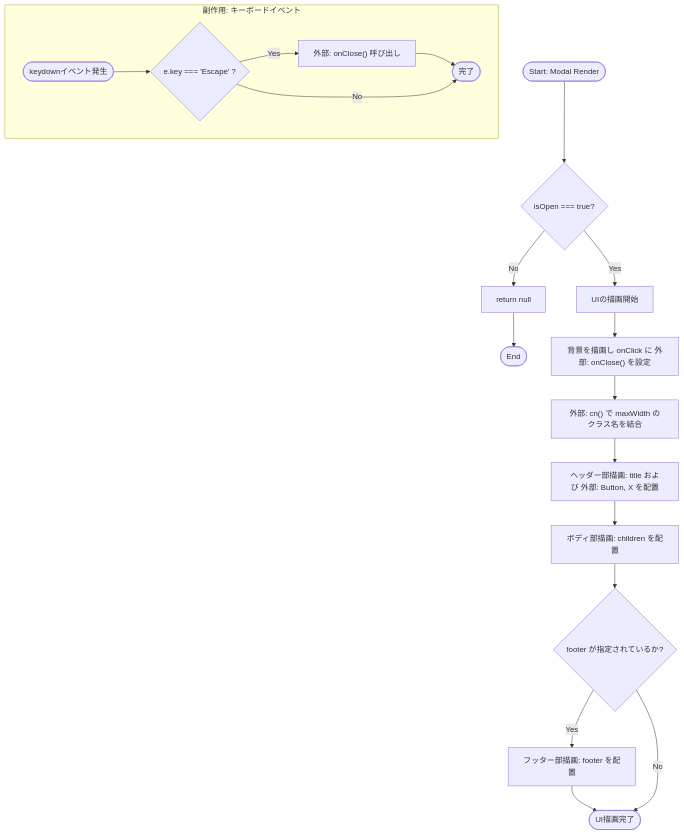
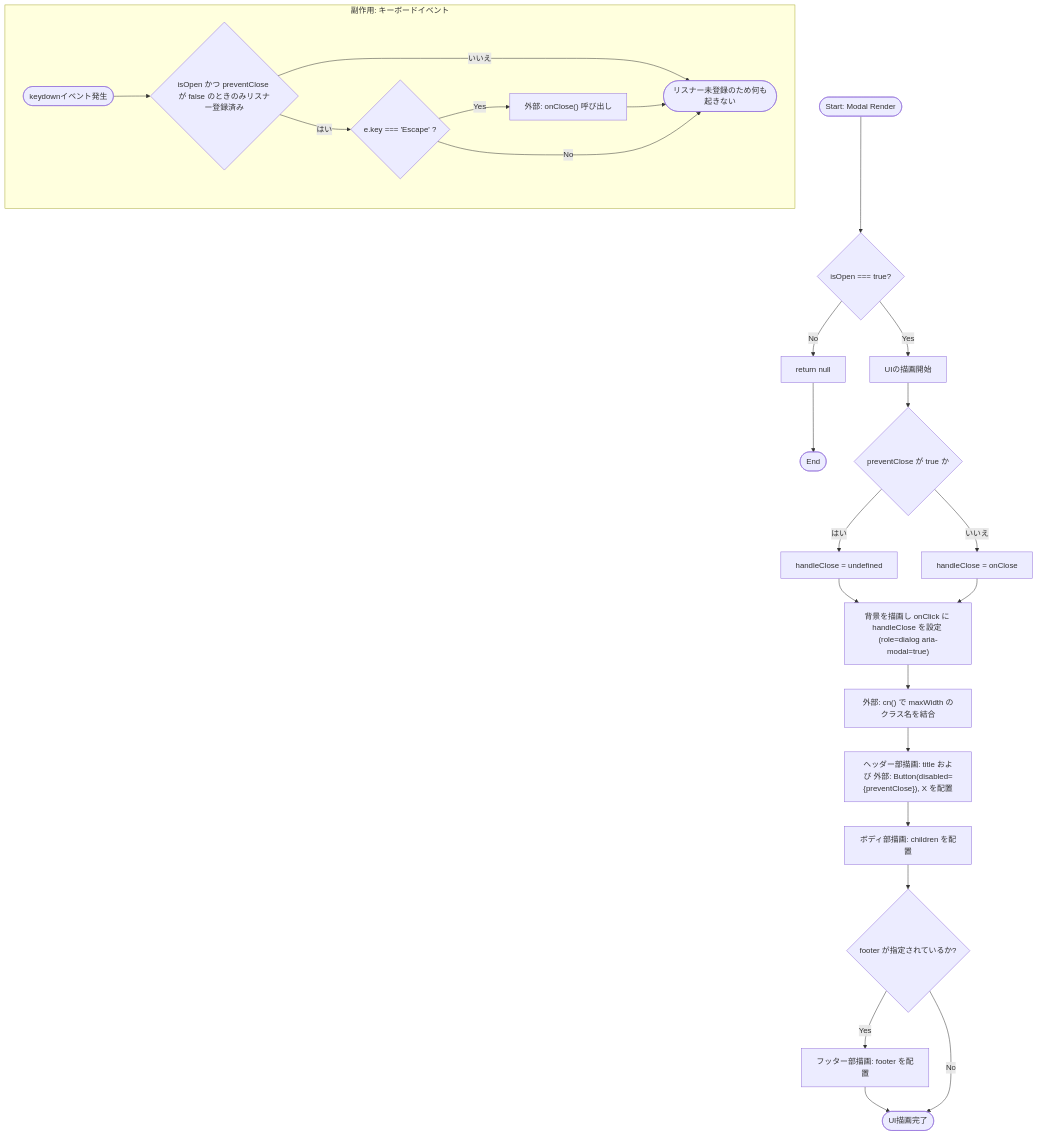
The first of 2 diagrams in docs/specifications/family-quest/src/components/ui/Modal.md (mmtigers/my_python_project), drawn with Mermaid before and after one commit. The commit also changed other lines of this file and 211 other files, not shown here.

````diff
--- a/docs/specifications/family-quest/src/components/ui/Modal.md
+++ b/docs/specifications/family-quest/src/components/ui/Modal.md
@@ -70,22 +74,28 @@
 ```mermaid
 flowchart TD
     Start([Start: Modal Render]) --> CheckOpen{"isOpen === true?"}
     CheckOpen -- No --> ReturnNull["return null"] --> End([End])
     CheckOpen -- Yes --> RenderUI["UIの描画開始"]
 
-    RenderUI --> RenderBackdrop["背景を描画し onClick に 外部: onClose() を設定"]
+    RenderUI --> CalcHandleClose{"preventClose が true か"}
+    CalcHandleClose -- はい --> HandleCloseUndef["handleClose = undefined"]
+    CalcHandleClose -- いいえ --> HandleCloseOnClose["handleClose = onClose"]
+    HandleCloseUndef --> RenderBackdrop
+    HandleCloseOnClose --> RenderBackdrop["背景を描画し onClick に handleClose を設定 (role=dialog aria-modal=true)"]
     RenderBackdrop --> CalcClass["外部: cn() で maxWidth のクラス名を結合"]
-    CalcClass --> RenderHeader["ヘッダー部描画: title および 外部: Button, X を配置"]
+    CalcClass --> RenderHeader["ヘッダー部描画: title および 外部: Button(disabled={preventClose}), X を配置"]
     RenderHeader --> RenderBody["ボディ部描画: children を配置"]
     RenderBody --> CheckFooter{"footer が指定されているか?"}
 
     CheckFooter -- Yes --> RenderFooter["フッター部描画: footer を配置"] --> EndRender([UI描画完了])
     CheckFooter -- No --> EndRender
 
     subgraph Event [副作用: キーボードイベント]
-        KeyStart([keydownイベント発生]) --> CheckEsc{"e.key === 'Escape' ?"}
-        CheckEsc -- Yes --> FireClose["外部: onClose() 呼び出し"] --> KeyEnd([完了])
+        KeyStart([keydownイベント発生]) --> CheckRegistered{"isOpen かつ preventClose が false のときのみリスナー登録済み"}
+        CheckRegistered -- はい --> CheckEsc{"e.key === 'Escape' ?"}
+        CheckRegistered -- いいえ --> KeyEnd([リスナー未登録のため何も起きない])
+        CheckEsc -- Yes --> FireClose["外部: onClose() 呼び出し"] --> KeyEnd
         CheckEsc -- No --> KeyEnd
     end
 
 ```
````
